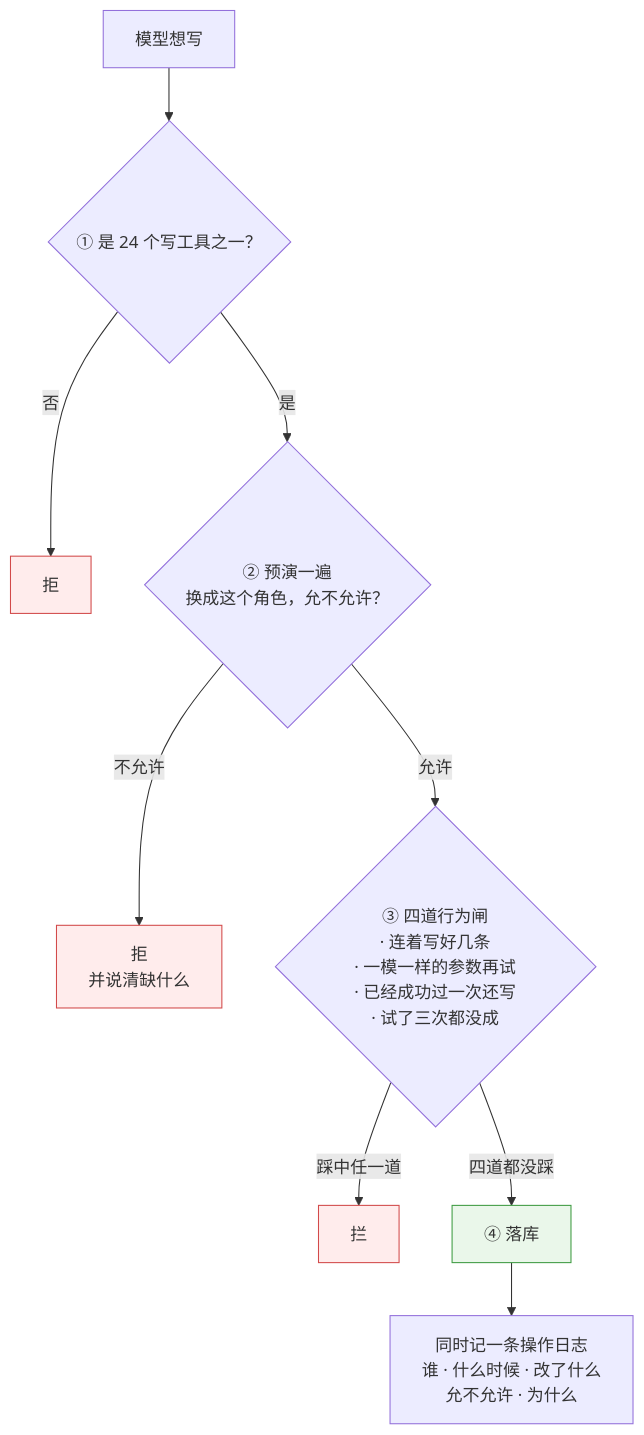
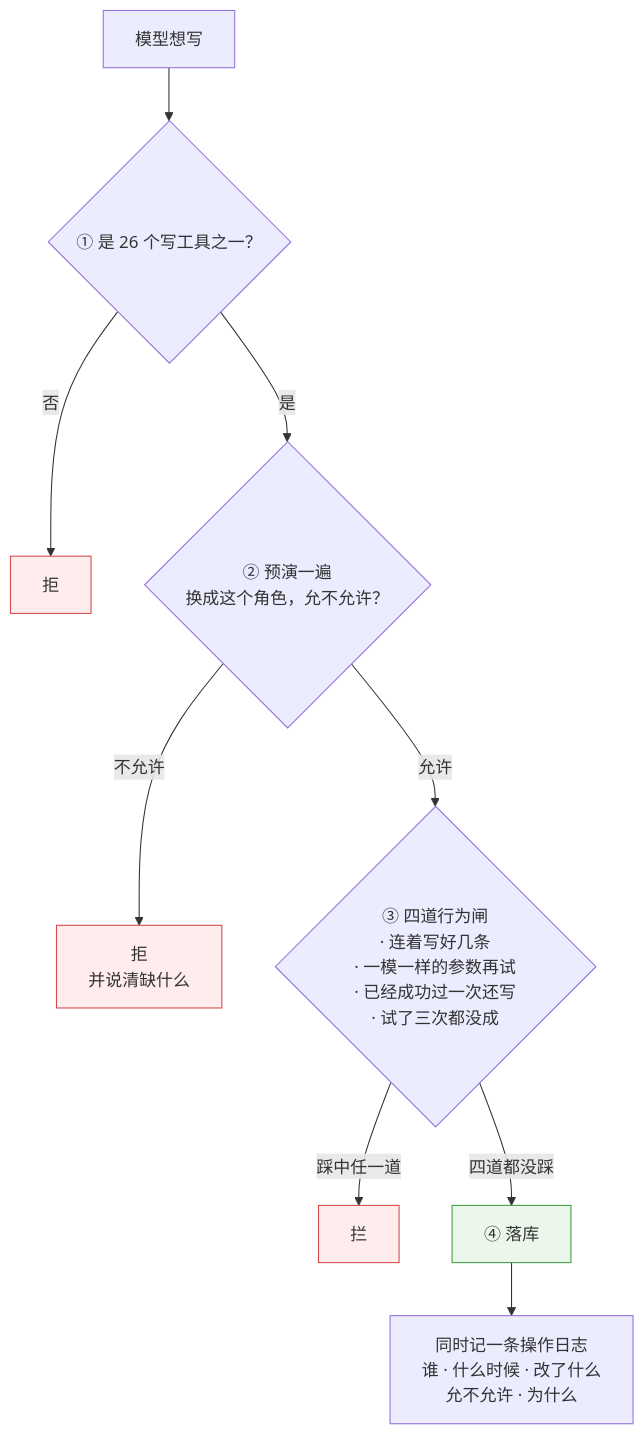
The second of 3 diagrams in 澜绣云裳agent-产品说明.md (843773296-rgb/lanxiu-yunshang-agent), drawn with Mermaid before and after one commit. The commit also changed other lines of this file and 13 other files, not shown here.

````diff
--- a/澜绣云裳agent-产品说明.md
+++ b/澜绣云裳agent-产品说明.md
@@ -271,16 +271,16 @@
 ```mermaid
 flowchart TD
-    A["模型想写"] --> B{"① 是 24 个写工具之一？"}
+    A["模型想写"] --> B{"① 是 26 个写工具之一？"}
     B -- 否 --> X1["拒"]
     B -- 是 --> C{"② 预演一遍<br/>换成这个角色，允不允许？"}
     C -- 不允许 --> X2["拒<br/>并说清缺什么"]
     C -- 允许 --> D{"③ 四道行为闸<br/>· 连着写好几条<br/>· 一模一样的参数再试<br/>· 已经成功过一次还写<br/>· 试了三次都没成"}
     D -- "踩中任一道" --> X3["拦"]
     D -- "四道都没踩" --> E["④ 落库"]
     E --> F["同时记一条操作日志<br/>谁 · 什么时候 · 改了什么<br/>允不允许 · 为什么"]
 
     style X1 fill:#ffecec,stroke:#d24a4a
     style X2 fill:#ffecec,stroke:#d24a4a
     style X3 fill:#ffecec,stroke:#d24a4a
     style E fill:#eaf7ea,stroke:#3f9c42
 ```
````
